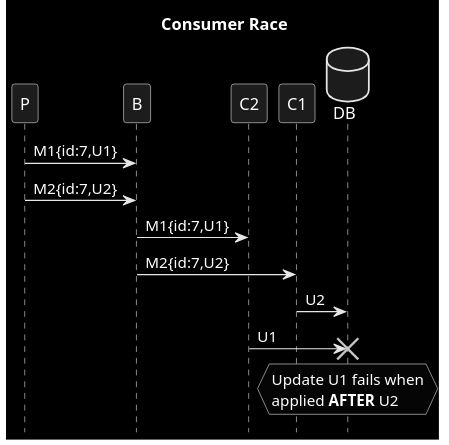
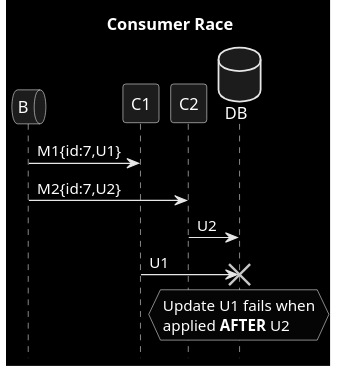
One commit to victorrentea/kafka changed the diagram in patterns/2a_out_of_order_c.puml. Above: the diagram before and after it, drawn with PlantUML. The commit also changed 43 other files, not shown here.

```diff
--- a/patterns/2a_out_of_order_c.puml
+++ b/patterns/2a_out_of_order_c.puml
@@ -1,15 +1,13 @@
 @startuml
 title Consumer Race
 hide footbox
 skinparam monochrome reverse
+queue B
 database DB order 10
 
-P->B: M1{id:7,U1}
-P->B: M2{id:7,U2}
-
-B->C2: M1{id:7,U1}
-B->C1: M2{id:7,U2}
-C1->DB: U2
-C2->DB!!: U1
+B->C1: M1{id:7,U1}
+B->C2: M2{id:7,U2}
+C2->DB: U2
+C1->DB!!: U1
 hnote over DB: Update U1 fails when\napplied **AFTER** U2
 @enduml
```
